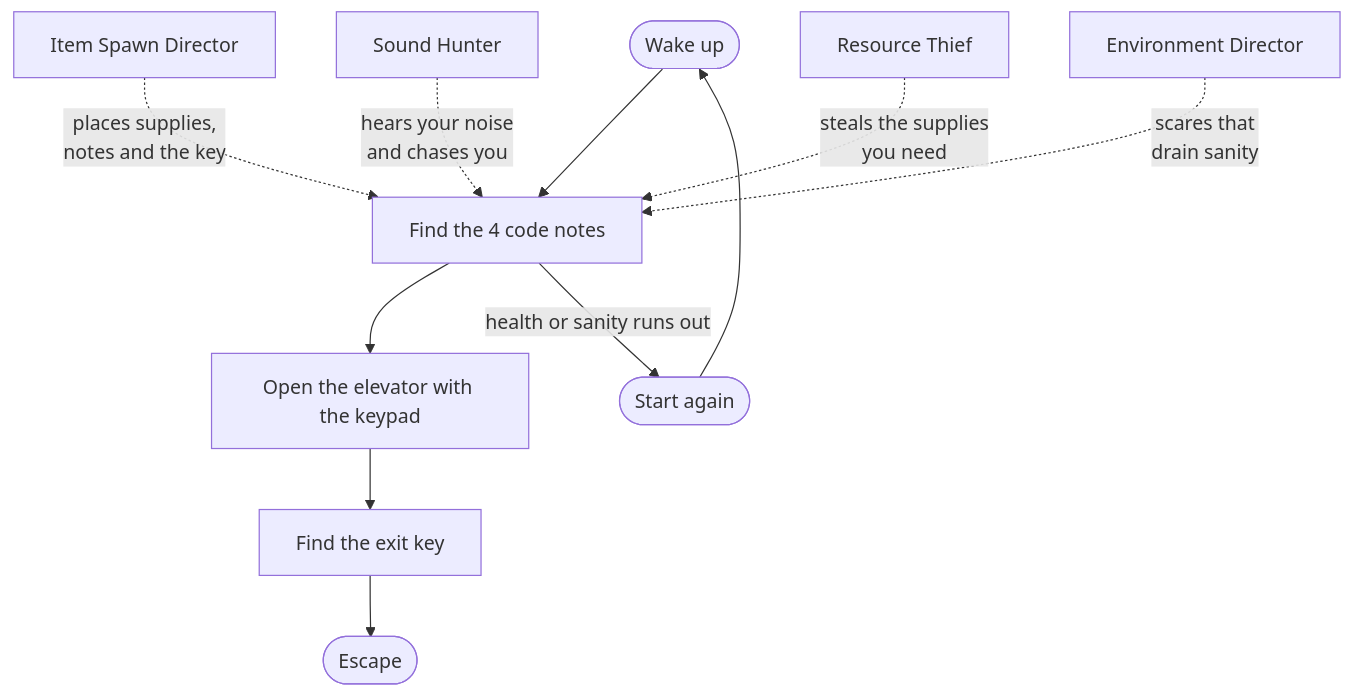
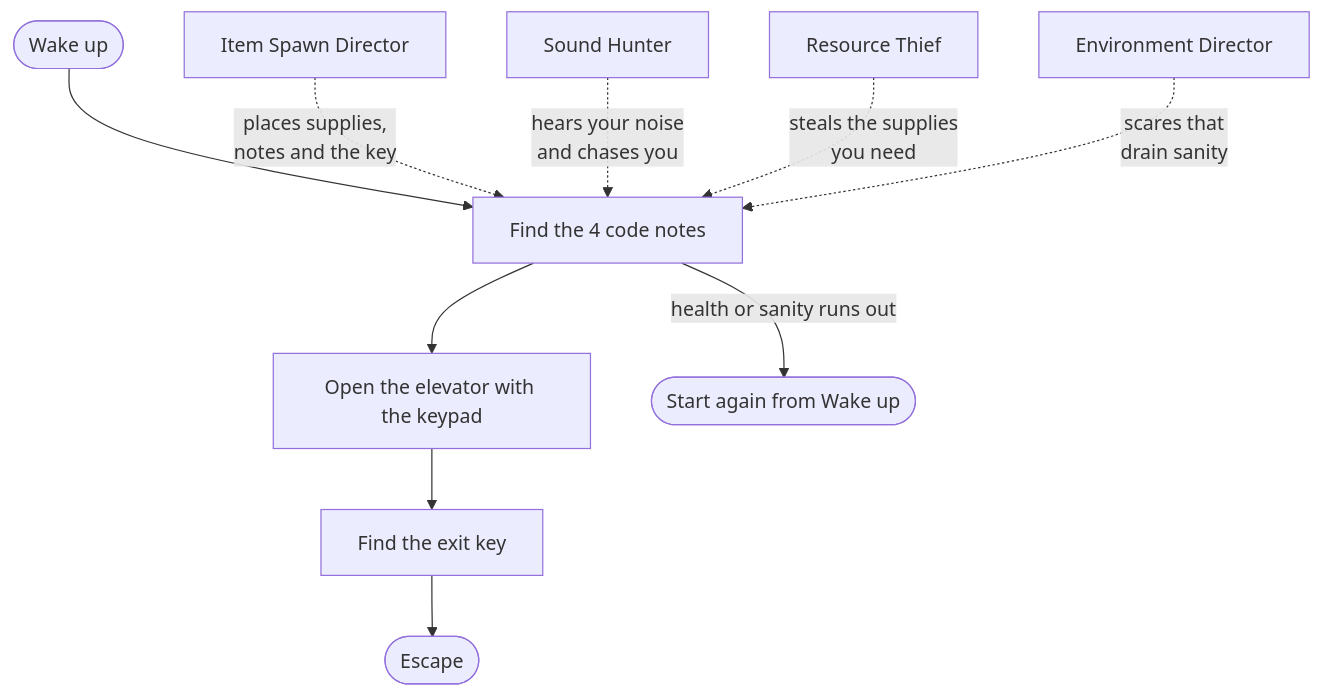
The first of 3 diagrams in README.md (it24103457/Haunted-Hospital), drawn with Mermaid before and after one commit. The commit also changed 2 other files, not shown here.

Commit message:
docs: centre contents between equal-width animations, start graph at wake up

````diff
--- a/README.md
+++ b/README.md
@@ -53,15 +53,14 @@
 ```mermaid
 flowchart TB
     A([Wake up]) --> B[Find the 4 code notes]
     B --> C[Open the elevator with the keypad]
     C --> D[Find the exit key]
     D --> E([Escape])
 
     ISD[Item Spawn Director] -. places supplies,<br>notes and the key .-> B
     H[Sound Hunter] -. hears your noise<br>and chases you .-> B
     T[Resource Thief] -. steals the supplies<br>you need .-> B
     ED[Environment Director] -. scares that<br>drain sanity .-> B
 
-    B -- health or sanity runs out --> R([Start again])
-    R --> A
+    B -- health or sanity runs out --> R([Start again from Wake up])
 ```
````
